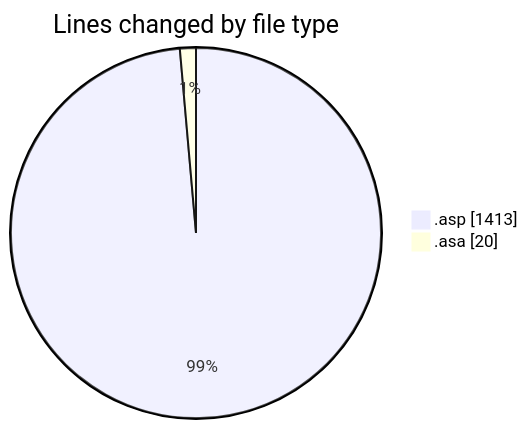
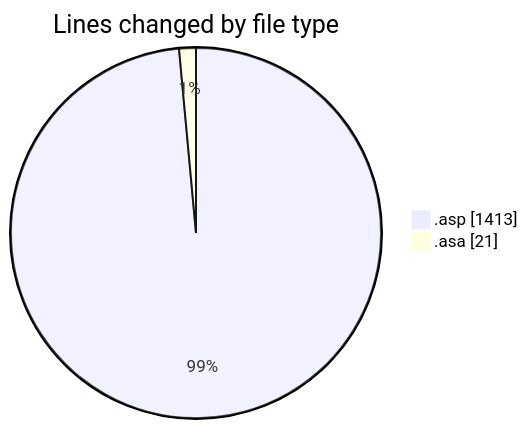
One commit to julien-gomy/code-tracking changed the first of 2 diagrams in 2025-11-06/cdp_aleoudev_fr__workspace_/README.md. Above: the diagram before and after it, drawn with Mermaid. The commit also changed other lines of this file and 1 other file, not shown here.

````diff
--- a/2025-11-06/cdp_aleoudev_fr__workspace_/README.md
+++ b/2025-11-06/cdp_aleoudev_fr__workspace_/README.md
@@ -25,6 +25,6 @@
 ```mermaid
 pie showData
 title Lines changed by file type
 ".asp" : 1413
-".asa" : 20
+".asa" : 21
 ```
````
